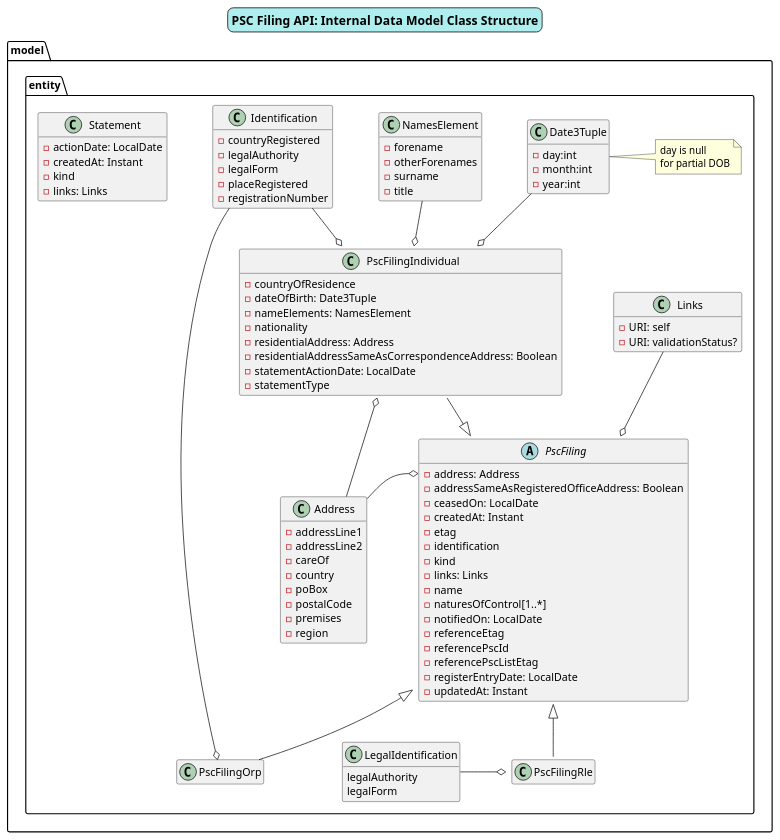
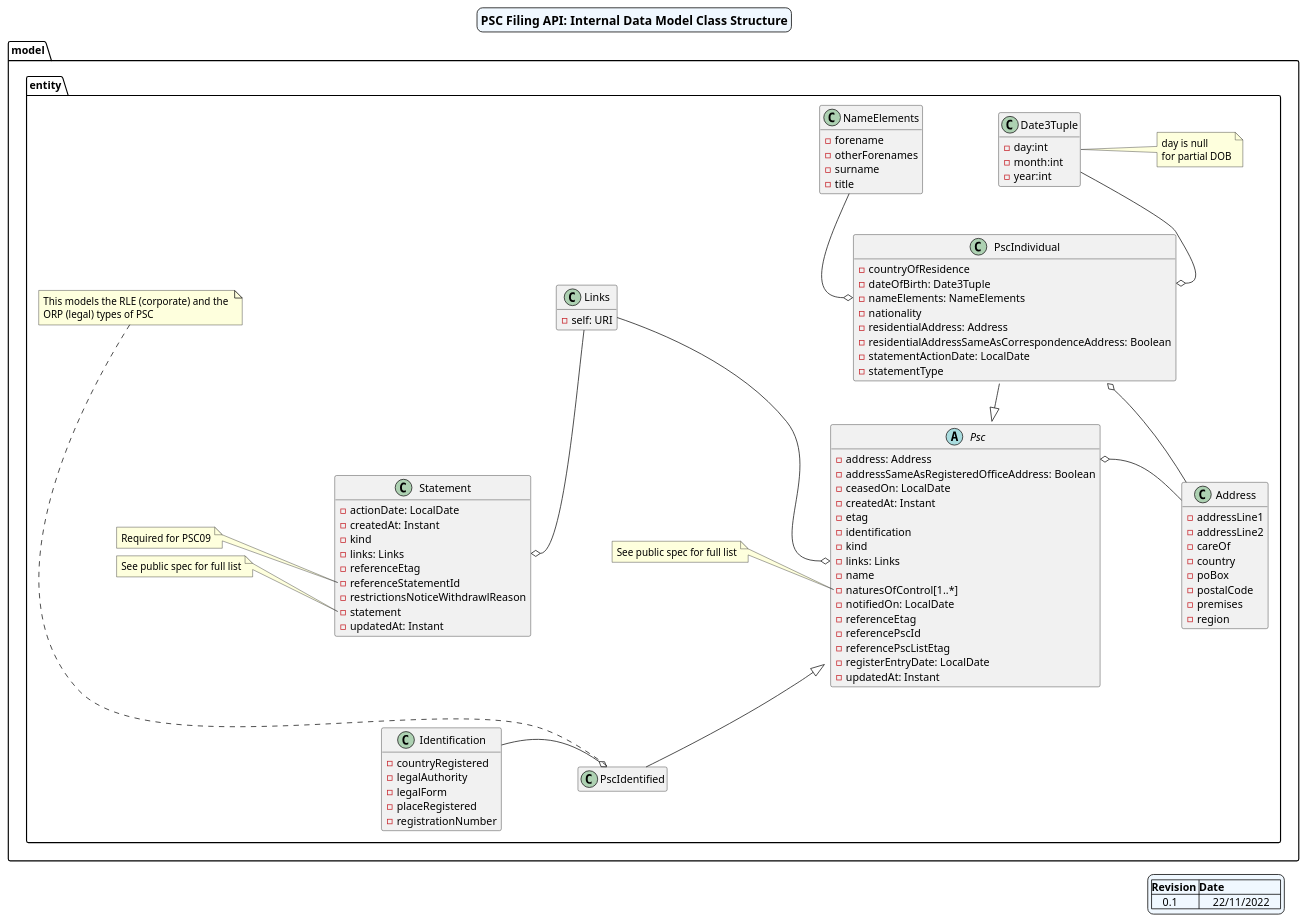
One commit to companieshouse/psc-filing-api changed the diagram in docs/Internal Data Model of PSC Classes.puml. Above: the diagram before and after it, drawn with PlantUML.

Commit message:
Add first draft of the internal model

```diff
--- a/docs/Internal Data Model of PSC Classes.puml
+++ b/docs/Internal Data Model of PSC Classes.puml
@@ -1,138 +1,157 @@
 @startuml
 skinparam linetype poly
-skinparam nodesep 60 /' horizontal separator '/
+skinparam nodesep 100 /' horizontal separator '/
 skinparam ranksep 50 /' vertical separator '/
 skinparam titleBorderRoundCorner 15
 skinparam titleBorderThickness 1
 skinparam titleBorderColor black
-skinparam titleBackgroundColor PaleTurquoise
+skinparam titleBackgroundColor AliceBlue
 skinparam groupInheritance 1
 scale 1
 hide empty members
 'hide circle'
 skinparam titleFontSize 16
+skinparam legendBackgroundColor AliceBlue
 
 title PSC Filing API: Internal Data Model Class Structure
+legend right
+|=Revision |=Date |
+|    0.1    |     22/11/2022    |
+end legend
 
     package "model" {
 
         package "entity" {
 
             class Address {
                 -addressLine1
                 -addressLine2
                 -careOf
                 -country
                 -poBox
                 -postalCode
                 -premises
                 -region
             }
 
             class Date3Tuple {
                 -day:int
                 -month:int
                 -year:int
             }
             note right of Date3Tuple
                day is null
                for partial DOB
             end note
 
             class Identification {
                 -countryRegistered
                 -legalAuthority
                 -legalForm
                 -placeRegistered
                 -registrationNumber
             }
 
-            class NamesElement {
+            class NameElements {
                 -forename
                 -otherForenames
                 -surname
                 -title
             }
 
             class Links {
-                -URI: self
-                -URI: validationStatus?
+                -self: URI
             }
 
-            abstract class PscFiling {
+            abstract class Psc {
                 -address: Address
                 -addressSameAsRegisteredOfficeAddress: Boolean
                 -ceasedOn: LocalDate
                 -createdAt: Instant
                 -etag
                 -identification
                 -kind
                 -links: Links
                 -name
                 -naturesOfControl[1..*]
                 -notifiedOn: LocalDate
                 -referenceEtag
                 -referencePscId
                 -referencePscListEtag
                 -registerEntryDate: LocalDate
                 -updatedAt: Instant
             }
 
-            class PscFilingIndividual {
+           note left of Psc::naturesOfControl
+                See public spec for full list
+            end note
+
+            class PscIndividual {
                 -countryOfResidence
                 -dateOfBirth: Date3Tuple
-                -nameElements: NamesElement
+                -nameElements: NameElements
                 -nationality
                 -residentialAddress: Address
                 -residentialAddressSameAsCorrespondenceAddress: Boolean
                 -statementActionDate: LocalDate
                 -statementType
             }
 
-            class PscFilingRle {
+            class PscIdentified {
             }
-
-            class LegalIdentification {
-                legalAuthority
-                legalForm
-            }
-
-            class PscFilingOrp {
-            }
+           note "This models the RLE (corporate) and the \nORP (legal) types of PSC" as Note1
+           Note1 ... PscIdentified
 
             class Statement {
                 -actionDate: LocalDate
                 -createdAt: Instant
                 -kind
                 -links: Links
+                -referenceEtag
+                -referenceStatementId
+                -restrictionsNoticeWithdrawlReason
+                -statement
+                -updatedAt: Instant
             }
 
+
+          note left of Statement::referenceStatementId
+                Required for PSC09
+           end note
+
+          note left of Statement::statement
+                See public spec for full list
+           end note
+
+           Identification -[hidden] PscIdentified
+
+/'            Date3Tuple -[hidden] Address
+           Links -[hidden] Statement
+            PscIndividual -[hidden] PscIdentified
+
             together {
-                class PscFilingIndividual
-                class PscFilingOrp
-                class PscFilingRle
+                class PscIndividual
+                class PscIdentified
             }
 
             together {
                 class Address
                 class Date3Tuple
                 class Identification
-                class NamesElement
-            }
+                class NameElements
+            }'/
 
-            PscFiling::address o-l- Address
-            PscFilingIndividual::residential_address o-- Address
-            PscFilingIndividual o-u- Date3Tuple
-            PscFilingIndividual o-u- Identification
-            PscFilingOrp o-u- Identification
-            PscFiling o-u- Links
-            PscFilingIndividual o-u- NamesElement
-            PscFiling <|-- PscFilingIndividual
-            PscFiling <|-- PscFilingOrp
-            PscFiling <|-- PscFilingRle
-            PscFilingRle::legalIdentification o-l- LegalIdentification
+            Psc::address o-l- Address
+            PscIndividual::residential_address o-- Address
+            PscIndividual::dateOfBirth o-u- Date3Tuple
+            PscIdentified o-u- Identification
+            Psc::links o-u- Links
+            Statement::links o-u- Links
+            PscIndividual::nameElements o-u- NameElements
+            Psc <|-- PscIndividual
+            Psc <|-- PscIdentified
         }
     }
 
 
 @enduml
```
